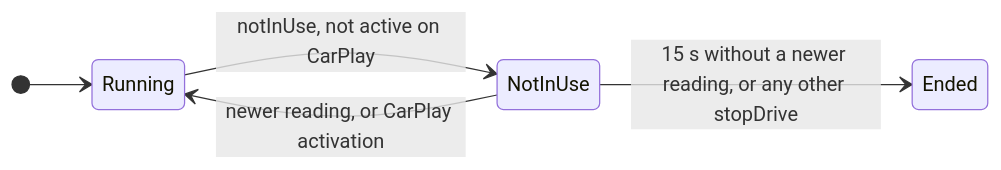
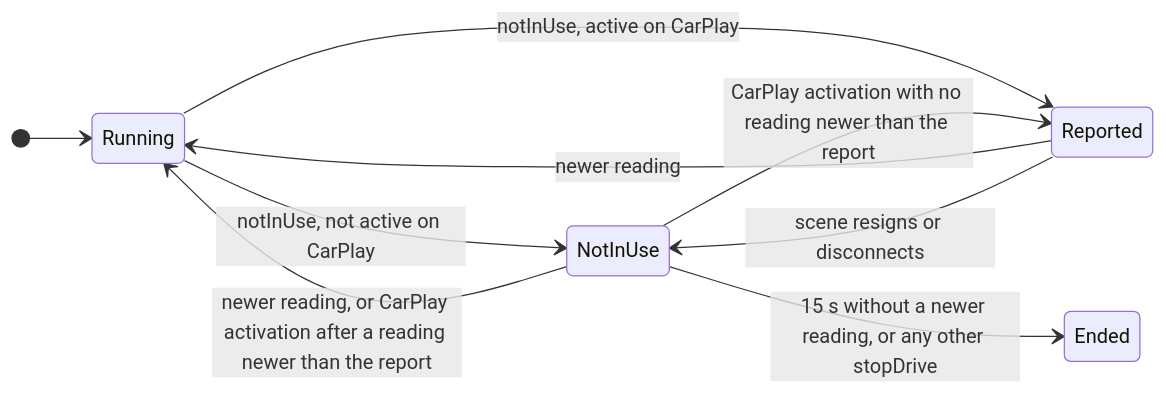
Before and after one commit to lunchbox-labs/Compasslet: the seventh of 10 diagrams in wiki/Developer-State-Machines.md, drawn with Mermaid. The commit also changed other lines of this file and 2 other files, not shown here.

First line of the commit message:
Start the not-in-use wait when the CarPlay scene resigns after a report

````diff
--- a/wiki/Developer-State-Machines.md
+++ b/wiki/Developer-State-Machines.md
@@ -409,8 +425,12 @@
 ```mermaid
 stateDiagram-v2
     direction LR
     [*] --> Running
     Running --> NotInUse: notInUse, not active on CarPlay
-    NotInUse --> Running: newer reading, or CarPlay activation
+    Running --> Reported: notInUse, active on CarPlay
+    Reported --> Running: newer reading
+    Reported --> NotInUse: scene resigns or disconnects
+    NotInUse --> Running: newer reading, or CarPlay activation after a reading newer than the report
+    NotInUse --> Reported: CarPlay activation with no reading newer than the report
     NotInUse --> Ended: 15 s without a newer reading, or any other stopDrive
 ```
````
